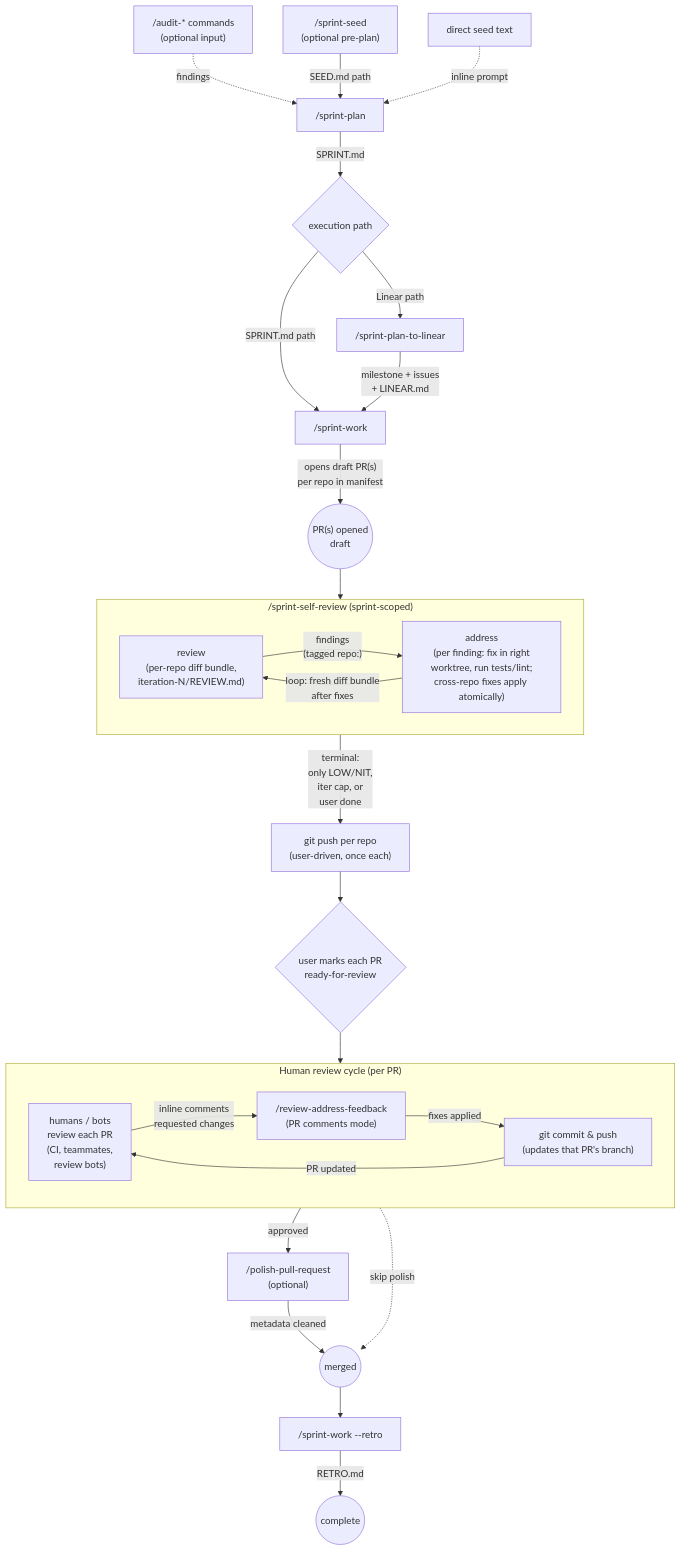
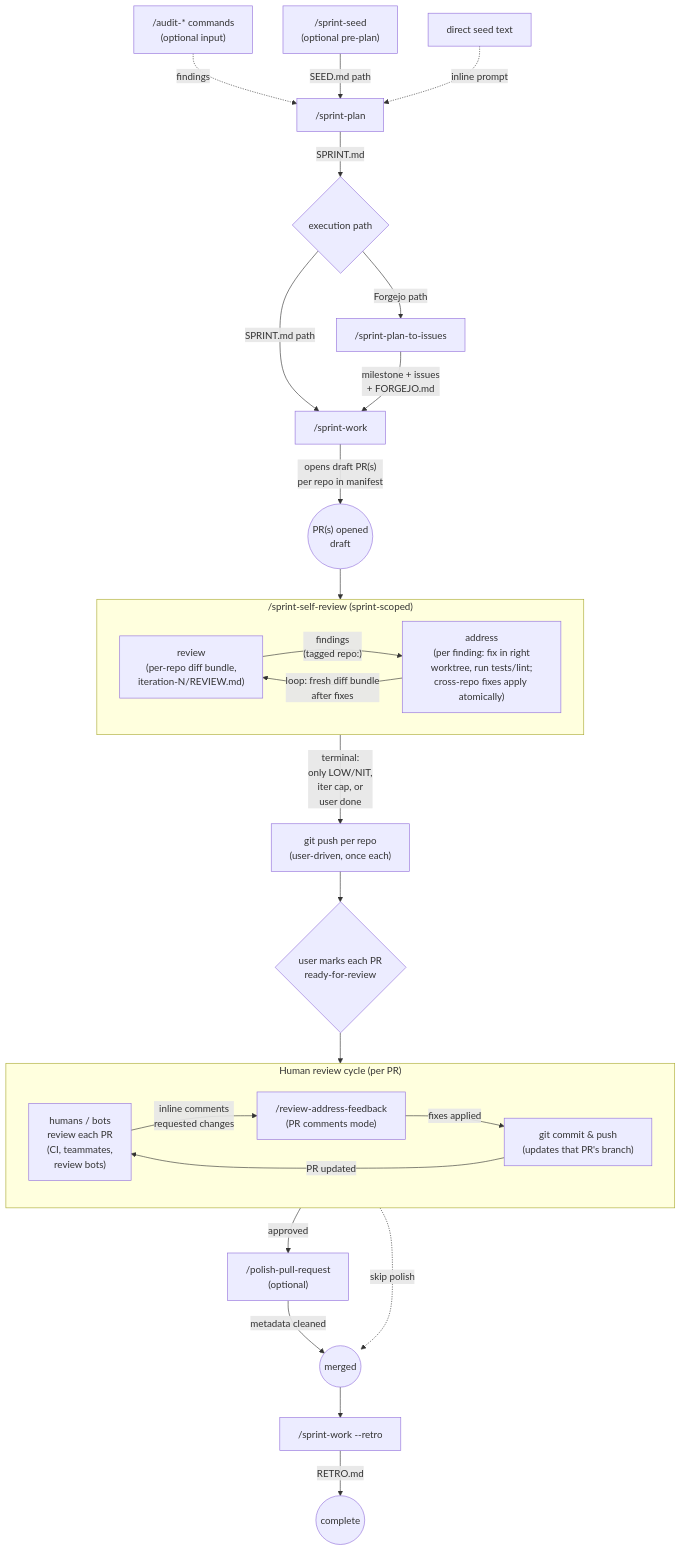
One commit to coreydaley/agent-config changed the diagram in docs/sprints/README.md. Above: the diagram before and after it, drawn with Mermaid. The commit also changed other lines of this file and 418 other files, not shown here.

First line of the commit message:
feat(skills): Forgejo-centric sprint + PRD lifecycle overhaul

````diff
--- a/docs/sprints/README.md
+++ b/docs/sprints/README.md
@@ -16,40 +16,40 @@
 ```mermaid
 flowchart TD
     Audit["/audit-* commands<br/>(optional input)"] -.findings.-> Plan
     Seed["/sprint-seed<br/>(optional pre-plan)"] -->|SEED.md path| Plan
     Direct["direct seed text"] -.->|inline prompt| Plan
     Plan["/sprint-plan"] -->|SPRINT.md| Path{execution path}
     Path -->|SPRINT.md path| Work["/sprint-work"]
-    Path -->|Linear path| ToLinear["/sprint-plan-to-linear"]
-    ToLinear -->|milestone + issues<br/>+ LINEAR.md| Work
+    Path -->|Forgejo path| ToForgejo["/sprint-plan-to-issues"]
+    ToForgejo -->|milestone + issues<br/>+ FORGEJO.md| Work
     Work -->|"opens draft PR(s)<br/>per repo in manifest"| PR(("PR(s) opened<br/>draft"))
 
     PR --> SelfCycle
     subgraph SelfCycle ["/sprint-self-review (sprint-scoped)"]
         direction LR
         SR["review<br/>(per-repo diff bundle,<br/>iteration-N/REVIEW.md)"]
         SA["address<br/>(per finding: fix in right<br/>worktree, run tests/lint;<br/>cross-repo fixes apply atomically)"]
         SR -->|"findings<br/>(tagged repo:)"| SA
         SA -->|loop: fresh diff bundle<br/>after fixes| SR
     end
 
     SelfCycle -->|"terminal:<br/>only LOW/NIT,<br/>iter cap, or<br/>user done"| Push["git push per repo<br/>(user-driven, once each)"]
     Push --> Ready{user marks each PR<br/>ready-for-review}
     Ready --> HumanCycle
 
     subgraph HumanCycle ["Human review cycle (per PR)"]
         direction LR
         HR["humans / bots<br/>review each PR<br/>(CI, teammates,<br/>review bots)"]
         HA["/review-address-feedback<br/>(PR comments mode)"]
         HP["git commit & push<br/>(updates that PR's branch)"]
         HR -->|inline comments<br/>requested changes| HA
         HA -->|fixes applied| HP
         HP -->|PR updated| HR
     end
 
     HumanCycle -->|approved| Polish["/polish-pull-request<br/>(optional)"]
     Polish -->|metadata cleaned| Merge((merged))
     HumanCycle -.->|skip polish| Merge
     Merge --> Retro["/sprint-work --retro"]
     Retro -->|RETRO.md| Done((complete))
 ```
````
